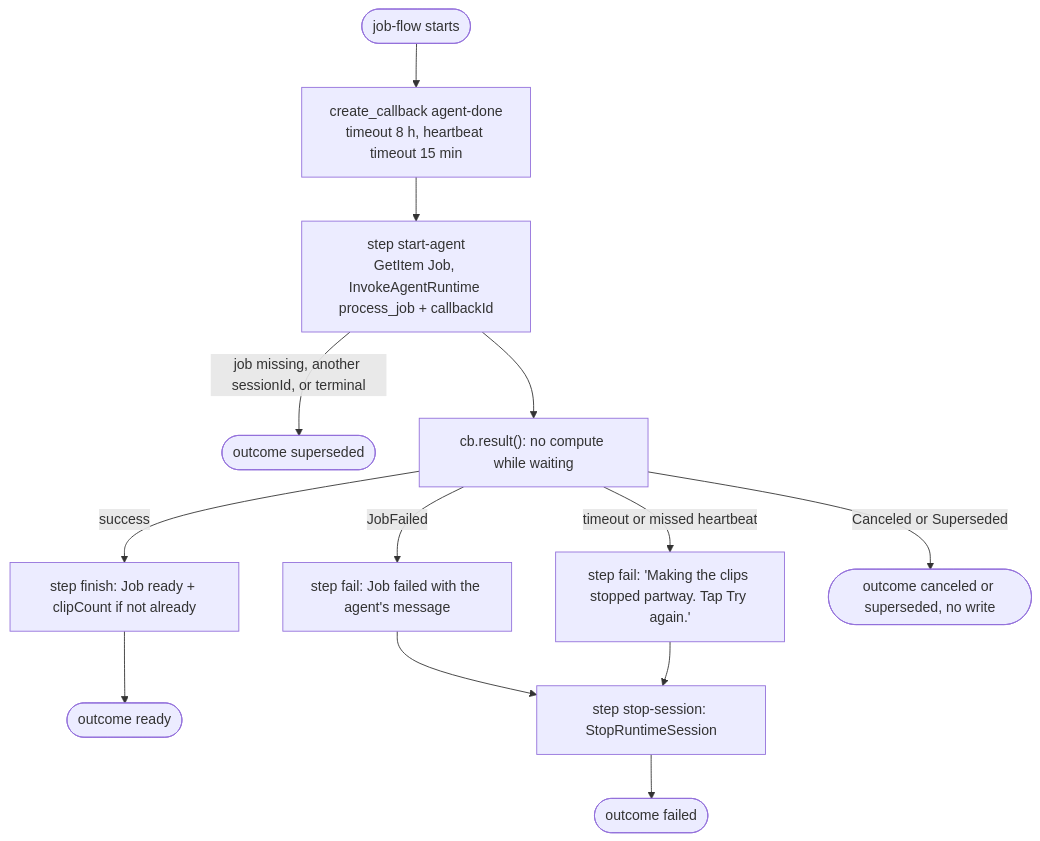
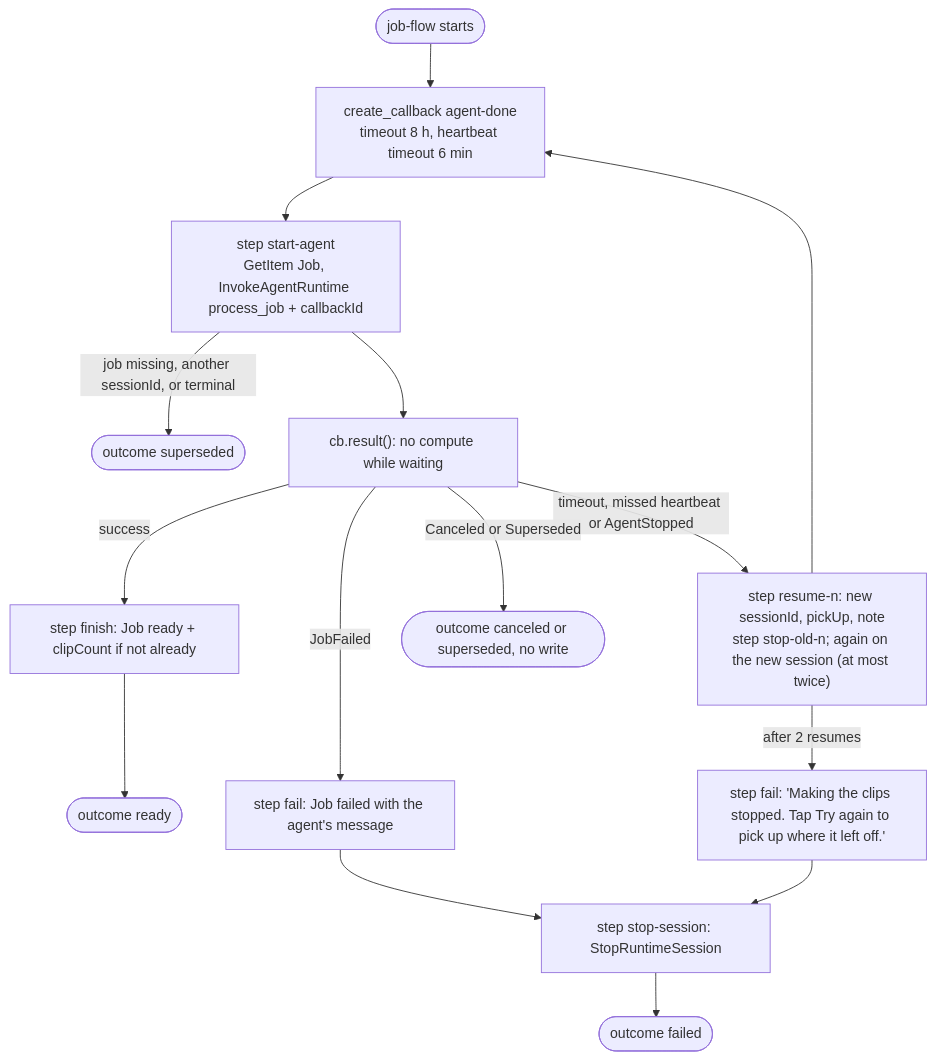
The third of 19 diagrams in api/src/clipfactory_api/ask/library/architecture-data-flows.md (Lamo2real/clip-factory), drawn with Mermaid before and after one commit. The commit also changed other lines of this file and 49 other files, not shown here.

````diff
--- a/api/src/clipfactory_api/ask/library/architecture-data-flows.md
+++ b/api/src/clipfactory_api/ask/library/architecture-data-flows.md
@@ -59,13 +59,15 @@
 ```mermaid
 flowchart TD
-  start([job-flow starts]) --> cb["create_callback agent-done<br/>timeout 8 h, heartbeat timeout 15 min"]
+  start([job-flow starts]) --> cb["create_callback agent-done<br/>timeout 8 h, heartbeat timeout 6 min"]
   cb --> sa["step start-agent<br/>GetItem Job, InvokeAgentRuntime process_job + callbackId"]
   sa -- "job missing, another sessionId, or terminal" --> sup([outcome superseded])
   sa --> wait["cb.result(): no compute while waiting"]
   wait -- success --> fin["step finish: Job ready + clipCount if not already"] --> ready([outcome ready])
   wait -- "JobFailed" --> fail["step fail: Job failed with the agent's message"]
-  wait -- "timeout or missed heartbeat" --> fail2["step fail: 'Making the clips stopped partway. Tap Try again.'"]
+  wait -- "timeout, missed heartbeat or AgentStopped" --> resume["step resume-n: new sessionId, pickUp, note<br/>step stop-old-n; again on the new session (at most twice)"]
+  resume --> cb
+  resume -- "after 2 resumes" --> fail2["step fail: 'Making the clips stopped. Tap Try again to pick up where it left off.'"]
   wait -- "Canceled or Superseded" --> nowrite([outcome canceled or superseded, no write])
   fail --> stop["step stop-session: StopRuntimeSession"] --> failed([outcome failed])
   fail2 --> stop
 ```
````
